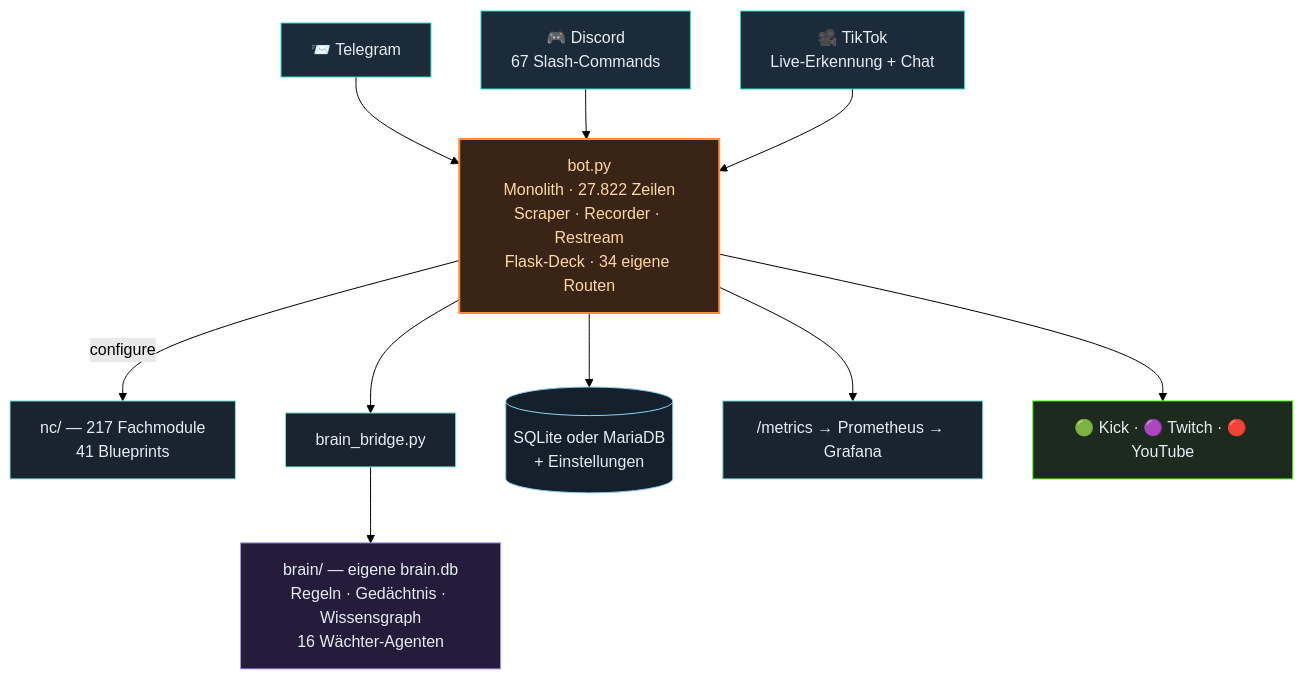
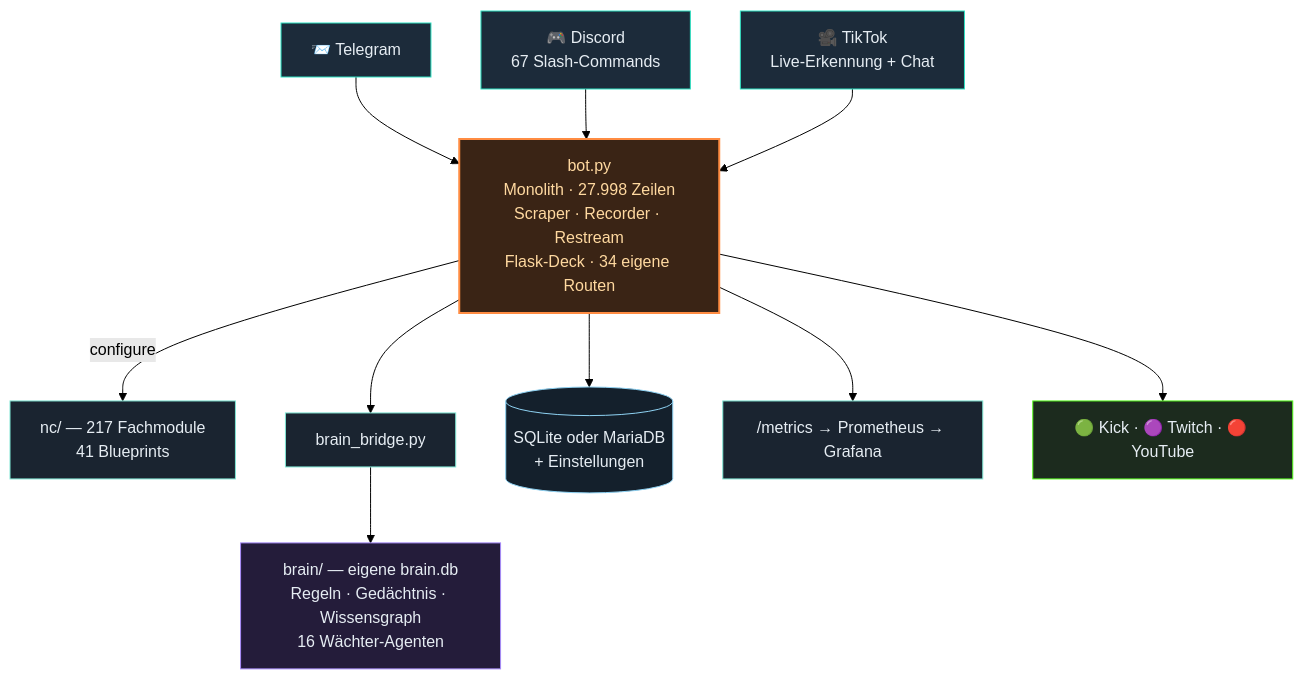
Before and after one commit to itsamemedev/Telegram-Stream-Info-Bot: the second of 3 diagrams in README.md, drawn with Mermaid (forest theme). The commit also changed other lines of this file and 11 other files, not shown here.

````diff
--- a/README.md
+++ b/README.md
@@ -118,19 +118,19 @@
 ```mermaid
 flowchart TB
     TG["📨 Telegram"]:::ein --> BOT
     DC["🎮 Discord<br/>67 Slash-Commands"]:::ein --> BOT
     TT["🎥 TikTok<br/>Live-Erkennung + Chat"]:::ein --> BOT
-    BOT["bot.py<br/>Monolith · 27.822 Zeilen<br/>Scraper · Recorder · Restream<br/>Flask-Deck · 34 eigene Routen"]:::core
+    BOT["bot.py<br/>Monolith · 27.998 Zeilen<br/>Scraper · Recorder · Restream<br/>Flask-Deck · 34 eigene Routen"]:::core
     BOT -->|configure| NC["nc/ — 217 Fachmodule<br/>41 Blueprints"]:::lib
     BOT --> BR["brain_bridge.py"]:::lib
     BR --> BRAIN["brain/ — eigene brain.db<br/>Regeln · Gedächtnis · Wissensgraph<br/>16 Wächter-Agenten"]:::brain
     BOT --> DB[("SQLite oder MariaDB<br/>+ Einstellungen")]:::db
     BOT --> PROM["/metrics → Prometheus → Grafana"]:::lib
     BOT --> OUT["🟢 Kick · 🟣 Twitch · 🔴 YouTube"]:::out
     classDef ein fill:#1c2b3a,stroke:#2de1c2,color:#e6edf3
     classDef core fill:#3a2415,stroke:#ff8c42,stroke-width:2px,color:#ffd9a0
     classDef lib fill:#1a2430,stroke:#7fe7d4,color:#e6edf3
     classDef brain fill:#241c3a,stroke:#a78bfa,color:#e6edf3
     classDef db fill:#14202c,stroke:#8fd3f4,color:#e6edf3
     classDef out fill:#1c2b1e,stroke:#53fc18,color:#e6edf3
 ```
````
